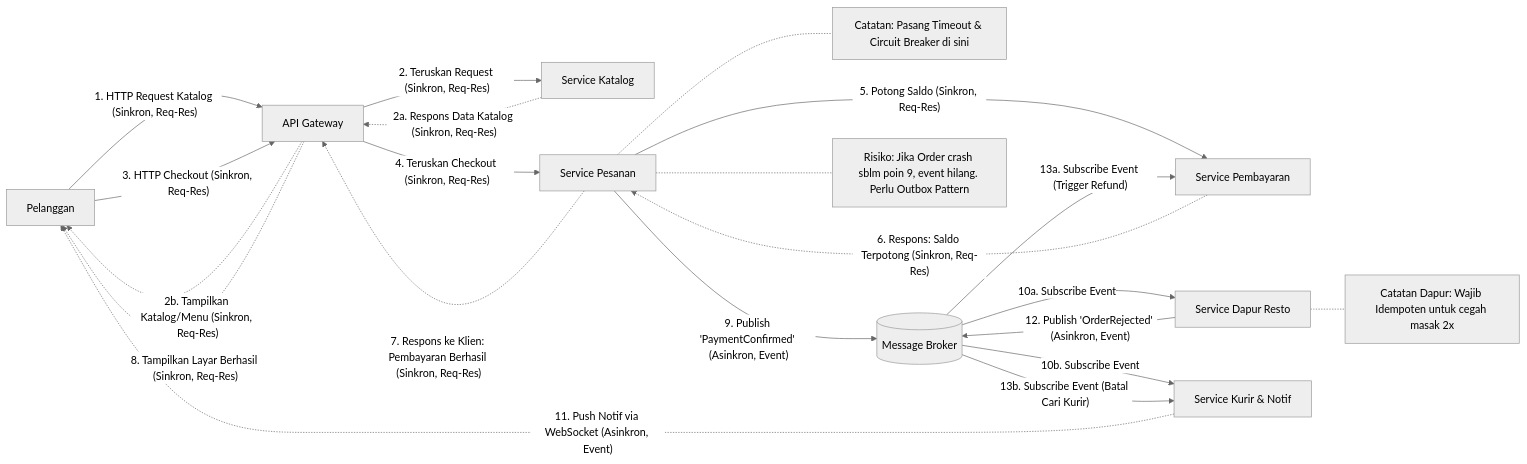
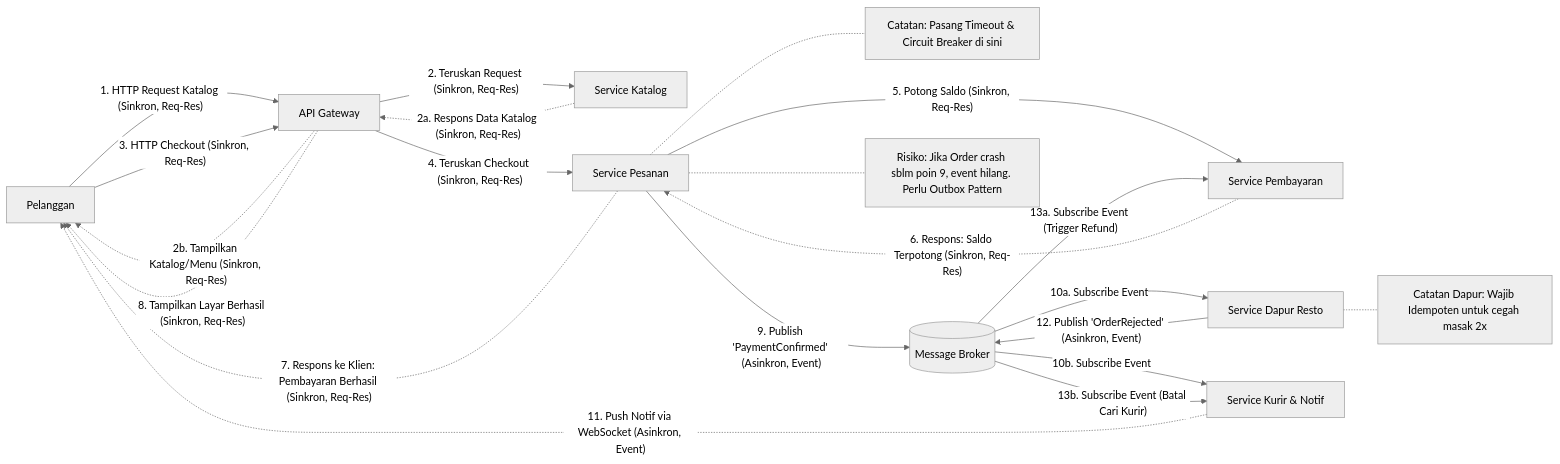
One commit to Enki1030/komputasi-awan-dan-terdistribusi changed the diagram in tugas-02-perancangan-arsitektur/README.md. Above: the diagram before and after it, drawn with Mermaid (neutral theme).

````diff
--- a/tugas-02-perancangan-arsitektur/README.md
+++ b/tugas-02-perancangan-arsitektur/README.md
@@ -60,45 +60,45 @@
 ```mermaid
 graph LR
     Client[Pelanggan]
 
     %% Alur SOA / API (Sinkron, Request-Response)
     Client -->|"1. HTTP Request Katalog (Sinkron, Req-Res)"| Gateway[API Gateway]
     Gateway -->|"2. Teruskan Request (Sinkron, Req-Res)"| Katalog[Service Katalog]
 
     Katalog -.->|"2a. Respons Data Katalog (Sinkron, Req-Res)"| Gateway
     Gateway -.->|"2b. Tampilkan Katalog/Menu (Sinkron, Req-Res)"| Client
     
     Client -->|"3. HTTP Checkout (Sinkron, Req-Res)"| Gateway
     Gateway -->|"4. Teruskan Checkout (Sinkron, Req-Res)"| Order[Service Pesanan]
     
     Order -->|"5. Potong Saldo (Sinkron, Req-Res)"| Payment[Service Pembayaran]
     
     %% Catatan untuk ketahanan SOA kita ubah menjadi kotak label biasa
     Note1[Catatan: Pasang Timeout & Circuit Breaker di sini]
     Order -.- Note1
     
     Payment -.->|"6. Respons: Saldo Terpotong (Sinkron, Req-Res)"| Order
-    Order -.->|"7. Respons ke Klien: Pembayaran Berhasil (Sinkron, Req-Res)"| Gateway
+    Order -.->|"7. Respons ke Klien: Pembayaran Berhasil (Sinkron, Req-Res)"| Client
     Gateway -.->|"8. Tampilkan Layar Berhasil (Sinkron, Req-Res)"| Client
 
     %% Alur Pub-Sub (Asinkron, Event-Driven)
     Order -->|"9. Publish 'PaymentConfirmed' (Asinkron, Event)"| Broker[(Message Broker)]
     
     %% Catatan Risiko Crash kita hubungkan dengan garis putus-putus
     Note2[Risiko: Jika Order crash sblm poin 9, event hilang. Perlu Outbox Pattern]
     Order -.- Note2
 
     Broker -->|"10a. Subscribe Event"| Dapur[Service Dapur Resto]
     Broker -->|"10b. Subscribe Event"| Kurir[Service Kurir & Notif]
     
     Note3[Catatan Dapur: Wajib Idempoten untuk cegah masak 2x]
     Dapur -.- Note3
 
     %% Penyampaian Notifikasi ke Klien
     Kurir -.->|"11. Push Notif via WebSocket (Asinkron, Event)"| Client
 
     %% Jalur Kompensasi (Saga) Jika Dapur Menolak
     Dapur -->|"12. Publish 'OrderRejected' (Asinkron, Event)"| Broker
     Broker -->|"13a. Subscribe Event (Trigger Refund)"| Payment
     Broker -->|"13b. Subscribe Event (Batal Cari Kurir)"| Kurir
 ```
````
